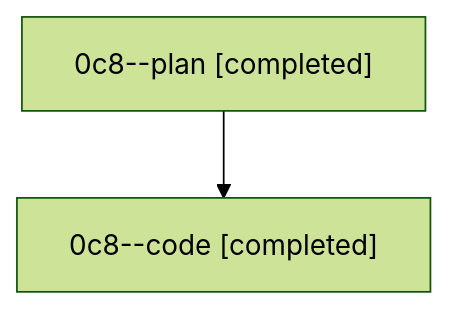
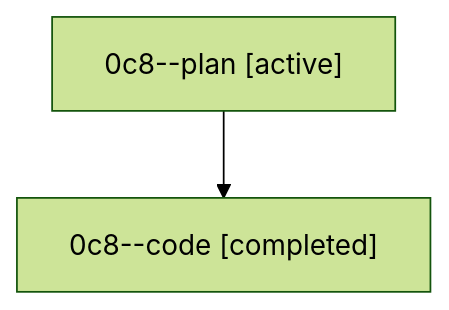
One commit to sase-org/sase--agents changed the diagram in families/bbugyi200.athena.0c8.md. Above: the diagram before and after it, drawn with Mermaid (forest theme). The commit also changed other lines of this file and 35830 other files, not shown here.

````diff
--- a/families/bbugyi200.athena.0c8.md
+++ b/families/bbugyi200.athena.0c8.md
@@ -9,6 +9,6 @@
 ```mermaid
 flowchart TD
-  n0["0c8--plan [completed]"]
+  n0["0c8--plan [active]"]
   n1["0c8--code [completed]"]
   n0 --> n1
 ```
````
